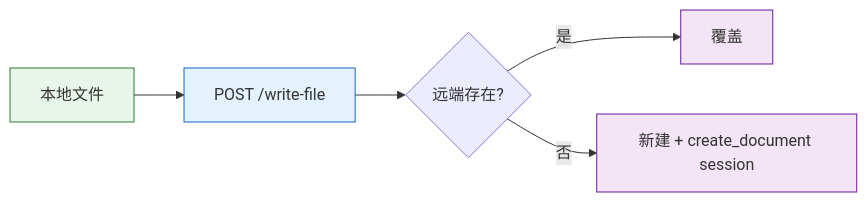
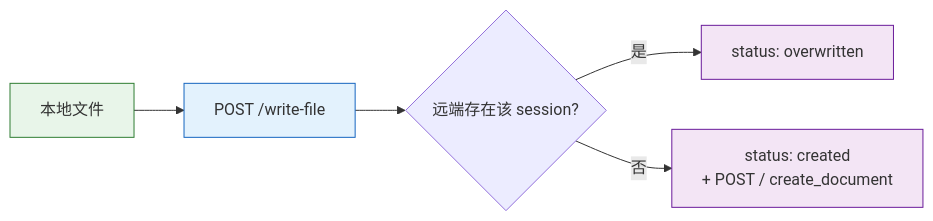
The fourth of 8 diagrams in skills/import-docs/SKILL.md (effiy/YrY), drawn with Mermaid before and after one commit. The commit also changed other lines of this file and 14 other files, not shown here.

````diff
--- a/skills/import-docs/SKILL.md
+++ b/skills/import-docs/SKILL.md
@@ -121,11 +134,11 @@
 ```mermaid
 flowchart LR
     LOCAL["本地文件"]:::src --> POST["POST /write-file"]:::api
-    POST --> Q{"远端存在?"}
-    Q -->|"是"| OVERWRITE["覆盖"]:::op
-    Q -->|"否"| CREATE["新建 + create_document session"]:::op
+    POST --> Q{"远端存在该 session?"}
+    Q -->|"是"| OVERWRITE["status: overwritten"]:::op
+    Q -->|"否"| CREATE["status: created<br/>+ POST / create_document"]:::op
 
     classDef src fill:#e8f5e9,stroke:#2e7d32;
     classDef api fill:#e3f2fd,stroke:#1565c0;
     classDef op fill:#f3e5f5,stroke:#6a1b9a;
 ```
````
